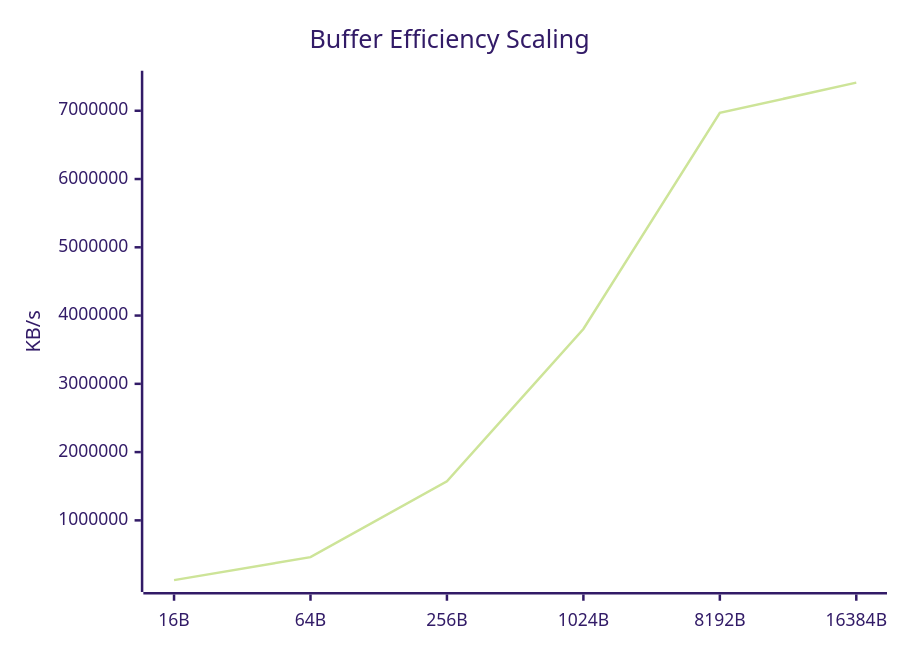
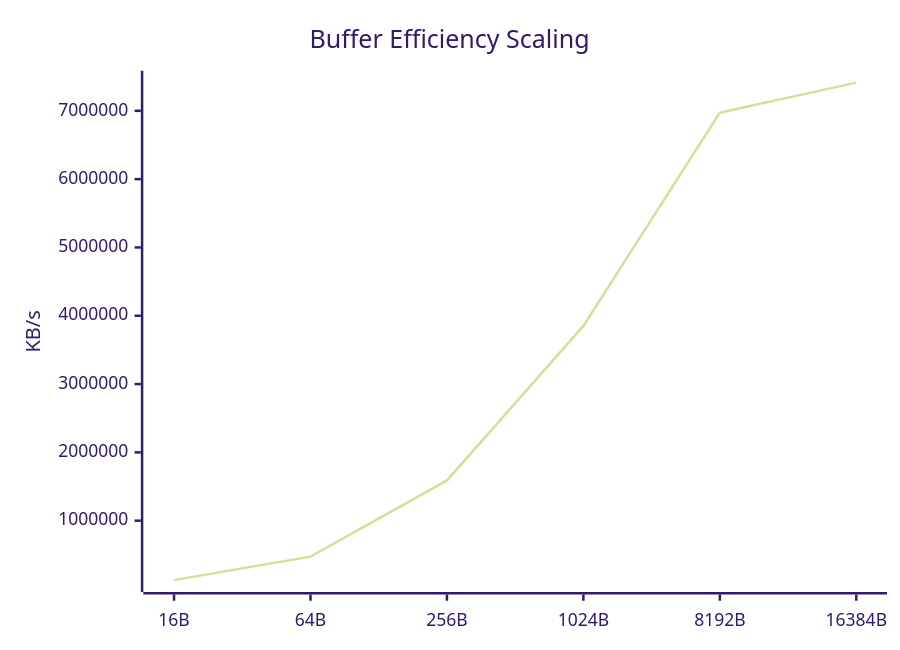
Before and after one commit to taha2samy/openssl_fips: the fifth of 9 diagrams in docs/Comparison_Report.md, drawn with Mermaid (forest theme). The commit also changed other lines of this file and 2 other files, not shown here.

````diff
--- a/docs/Comparison_Report.md
+++ b/docs/Comparison_Report.md
@@ -94,7 +94,7 @@
 ```mermaid
 xychart-beta
     title "Buffer Efficiency Scaling"
     x-axis [16B, 64B, 256B, 1024B, 8192B, 16384B]
     y-axis "KB/s"
-    line [124660.03, 461396.38, 1573313.89, 3802683.9, 6968857.4, 7412128.15]
+    line [129874.87, 473783.89, 1589774.18, 3851375.1, 6972890.32, 7412739.28]
 ```
````
